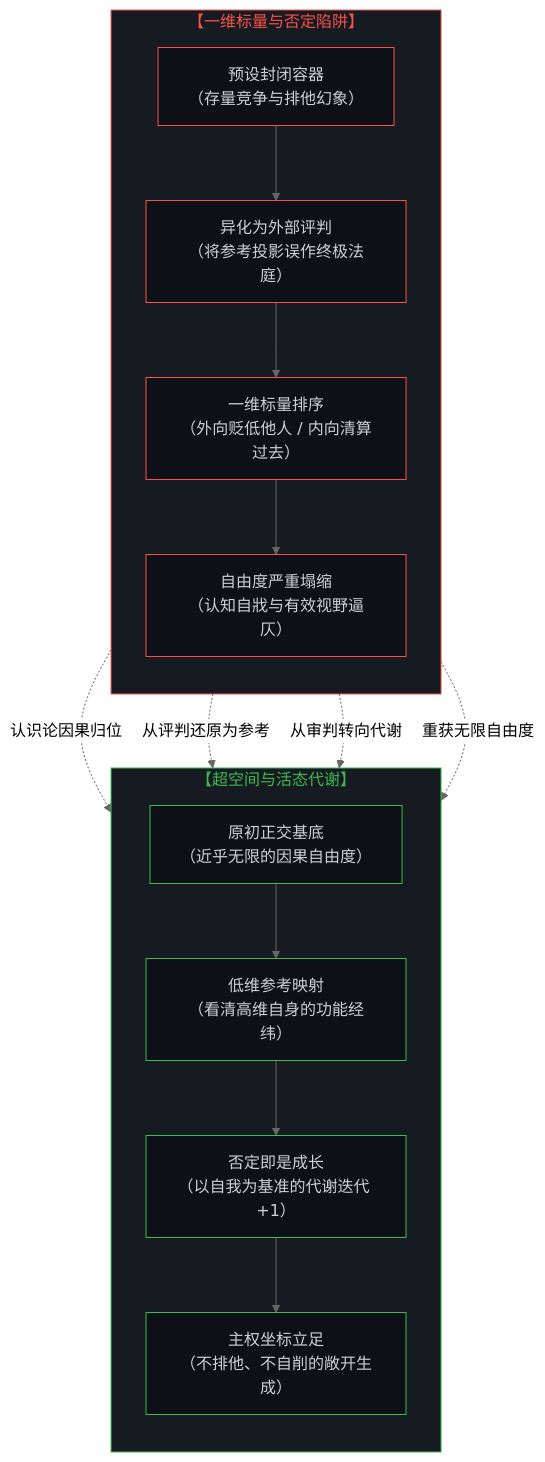
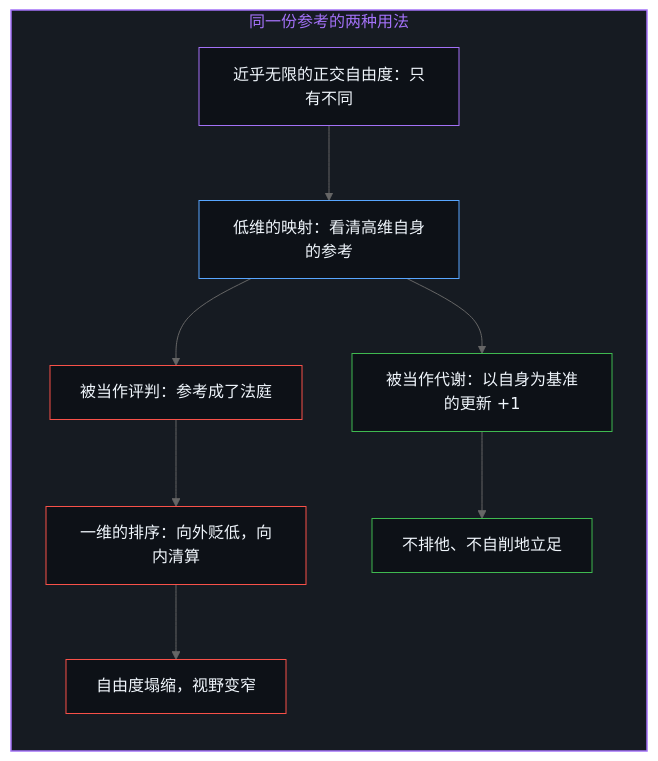
The first of 4 diagrams in content/posts/coordinates-in-flux-negation-and-self-anchoring.md (powerpig99/not-a-toe), drawn with Mermaid (neutral theme) before and after one commit. The commit also changed other lines of this file and 2 other files, not shown here.

Commit message:
Refine coordinates-in-flux: alternating bilingual layout, two paired diagrams, implicit first person

````diff
--- a/content/posts/coordinates-in-flux-negation-and-self-anchoring.md
+++ b/content/posts/coordinates-in-flux-negation-and-self-anchoring.md
@@ -76,36 +53,28 @@
 ```mermaid
-graph TD
-    subgraph S1["【一维标量与否定陷阱】"]
+flowchart TD
+    subgraph S_Collapse["同一份参考的两种用法"]
         direction TB
-        A1["预设封闭容器<br>（存量竞争与排他幻象）"]
-        A2["异化为外部评判<br>（将参考投影误作终极法庭）"]
-        A3["一维标量排序<br>（外向贬低他人 / 内向清算过去）"]
-        A4["自由度严重塌缩<br>（认知自戕与有效视野逼仄）"]
-        A1 --> A2 --> A3 --> A4
+        Base["近乎无限的正交自由度：只有不同"]
+        Map["低维的映射：看清高维自身的参考"]
+        Court["被当作评判：参考成了法庭"]
+        Rank["一维的排序：向外贬低，向内清算"]
+        Fold["自由度塌缩，视野变窄"]
+        Metabolize["被当作代谢：以自身为基准的更新 +1"]
+        Stand["不排他、不自削地立足"]
+        Base --> Map
+        Map --> Court
+        Court --> Rank
+        Rank --> Fold
+        Map --> Metabolize
+        Metabolize --> Stand
     end
 
-    subgraph S2["【超空间与活态代谢】"]
-        direction TB
-        B1["原初正交基底<br>（近乎无限的因果自由度）"]
-        B2["低维参考映射<br>（看清高维自身的功能经纬）"]
-        B3["否定即是成长<br>（以自我为基准的代谢迭代 +1）"]
-        B4["主权坐标立足<br>（不排他、不自削的敞开生成）"]
-        B1 --> B2 --> B3 --> B4
-    end
-
-    A1 -.->|"认识论因果归位"| B1
-    A2 -.->|"从评判还原为参考"| B2
-    A3 -.->|"从审判转向代谢"| B3
-    A4 -.->|"重获无限自由度"| B4
-
-    style S1 fill:#161b22,stroke:#f85149,stroke-width:1px,color:#f85149
-    style S2 fill:#161b22,stroke:#3fb950,stroke-width:1px,color:#3fb950
-    style A1 fill:#0d1117,stroke:#f85149,stroke-width:1px,color:#c9d1d9
-    style A2 fill:#0d1117,stroke:#f85149,stroke-width:1px,color:#c9d1d9
-    style A3 fill:#0d1117,stroke:#f85149,stroke-width:1px,color:#c9d1d9
-    style A4 fill:#0d1117,stroke:#f85149,stroke-width:1px,color:#c9d1d9
-    style B1 fill:#0d1117,stroke:#3fb950,stroke-width:1px,color:#c9d1d9
-    style B2 fill:#0d1117,stroke:#3fb950,stroke-width:1px,color:#c9d1d9
-    style B3 fill:#0d1117,stroke:#3fb950,stroke-width:1px,color:#c9d1d9
-    style B4 fill:#0d1117,stroke:#3fb950,stroke-width:1px,color:#c9d1d9
+    style S_Collapse fill:#161b22,stroke:#a371f7,stroke-width:1.5px,color:#a371f7
+    style Base fill:#0d1117,stroke:#a371f7,stroke-width:1px,color:#f0f6fc
+    style Map fill:#0d1117,stroke:#58a6ff,stroke-width:1px,color:#f0f6fc
+    style Court fill:#0d1117,stroke:#f85149,stroke-width:1px,color:#f0f6fc
+    style Rank fill:#0d1117,stroke:#f85149,stroke-width:1px,color:#f0f6fc
+    style Fold fill:#0d1117,stroke:#f85149,stroke-width:1px,color:#f0f6fc
+    style Metabolize fill:#0d1117,stroke:#3fb950,stroke-width:1px,color:#f0f6fc
+    style Stand fill:#0d1117,stroke:#3fb950,stroke-width:1px,color:#f0f6fc
 ```
````
